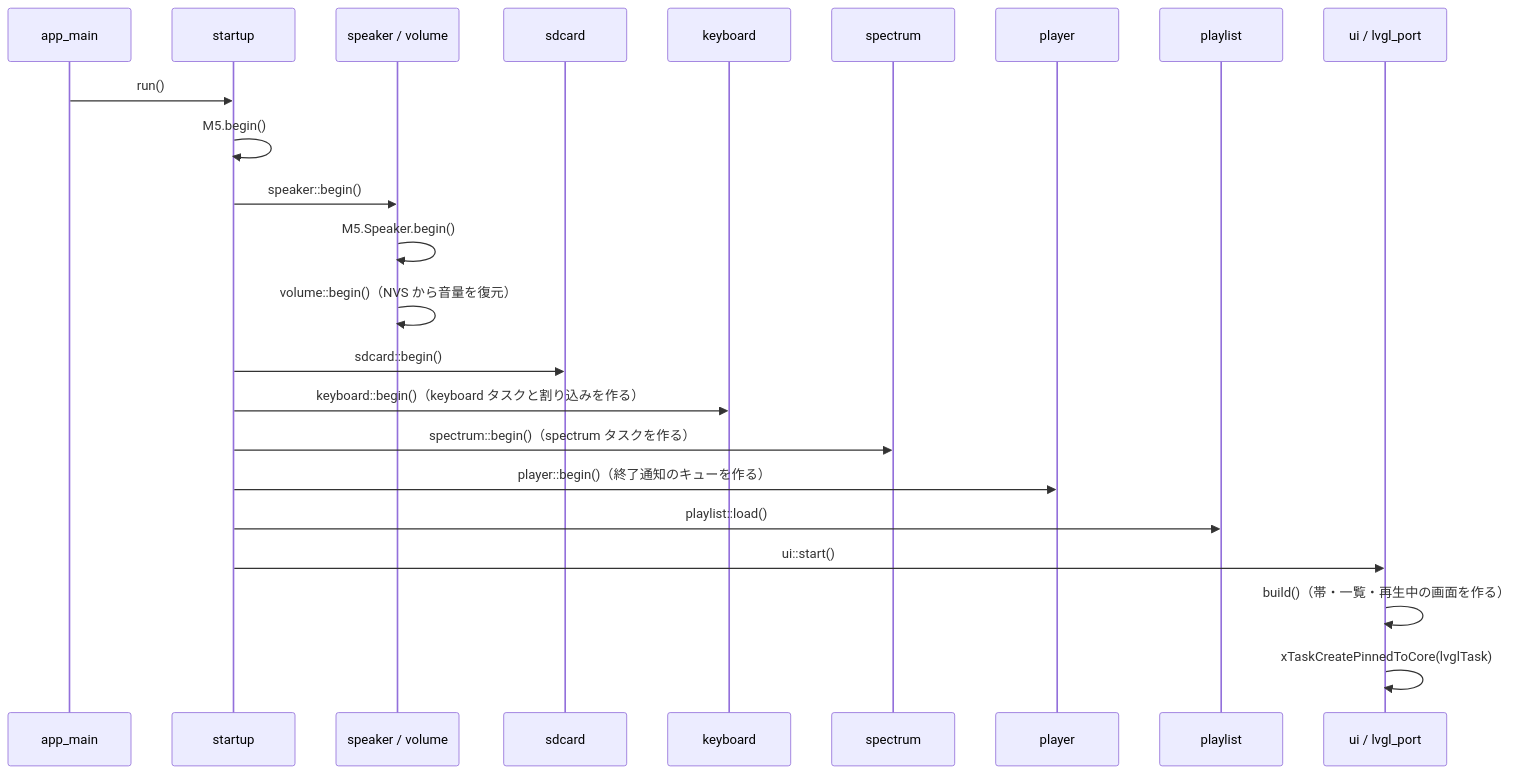
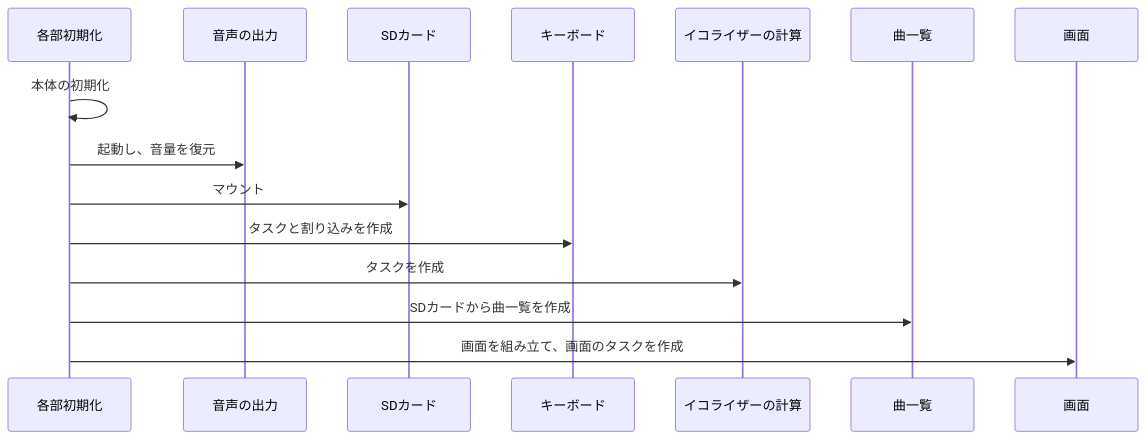
Before and after one commit to stonedev-app/pocket-deck: the first of 5 diagrams in docs/architecture/sequences.md, drawn with Mermaid. The commit also changed other lines of this file and 10 other files, not shown here.

First line of the commit message:
docs: sequences.md を概念の流れで描き直し、英数字前後の空白をなくす

````diff
--- a/docs/architecture/sequences.md
+++ b/docs/architecture/sequences.md
@@ -7,26 +7,18 @@
 ```mermaid
 sequenceDiagram
-    participant Main as app_main
-    participant S as startup
-    participant Sp as speaker / volume
-    participant SD as sdcard
-    participant K as keyboard
-    participant E as spectrum
-    participant P as player
-    participant PL as playlist
-    participant UI as ui / lvgl_port
+    participant S as 各部初期化
+    participant SP as 音声の出力
+    participant SD as SDカード
+    participant K as キーボード
+    participant E as イコライザーの計算
+    participant PL as 曲一覧
+    participant UI as 画面
 
-    Main->>S: run()
-    S->>S: M5.begin()
-    S->>Sp: speaker::begin()
-    Sp->>Sp: M5.Speaker.begin()
-    Sp->>Sp: volume::begin()（NVS から音量を復元）
-    S->>SD: sdcard::begin()
-    S->>K: keyboard::begin()（keyboard タスクと割り込みを作る）
-    S->>E: spectrum::begin()（spectrum タスクを作る）
-    S->>P: player::begin()（終了通知のキューを作る）
-    S->>PL: playlist::load()
-    S->>UI: ui::start()
-    UI->>UI: build()（帯・一覧・再生中の画面を作る）
-    UI->>UI: xTaskCreatePinnedToCore(lvglTask)
+    S->>S: 本体の初期化
+    S->>SP: 起動し、音量を復元
+    S->>SD: マウント
+    S->>K: タスクと割り込みを作成
+    S->>E: タスクを作成
+    S->>PL: SDカードから曲一覧を作成
+    S->>UI: 画面を組み立て、画面のタスクを作成
 ```
````
